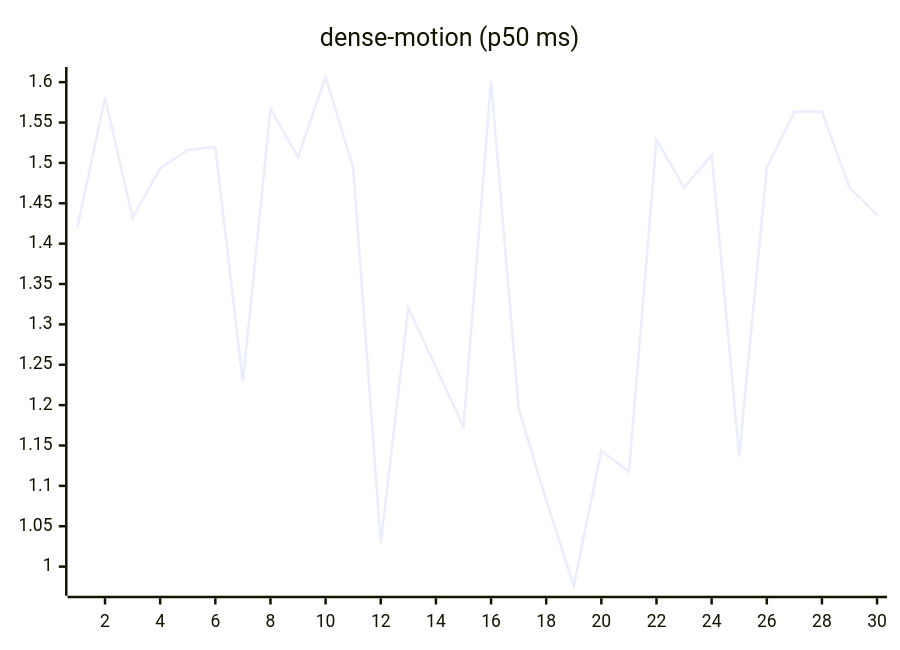
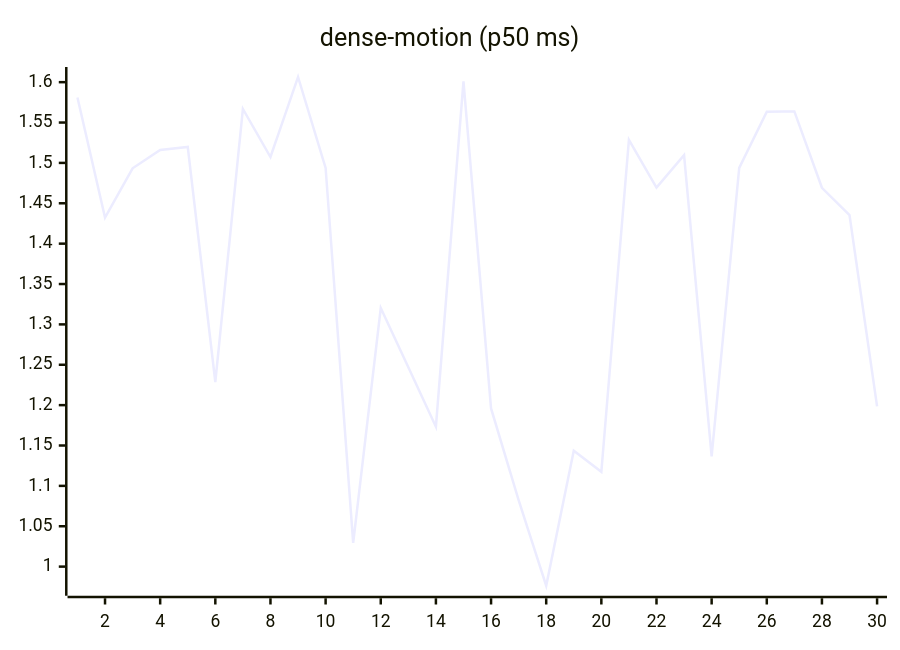
One commit to josha/Facet changed the ninth of 27 diagrams in README.md. Above: the diagram before and after it, drawn with Mermaid. The commit also changed other lines of this file and 2 other files, not shown here.

````diff
--- a/README.md
+++ b/README.md
@@ -119,6 +119,6 @@
 ```mermaid
 xychart-beta
     title "dense-motion (p50 ms)"
     x-axis 1 --> 30
-    line [1.4201, 1.5809, 1.4323, 1.4933, 1.5160, 1.5198, 1.2285, 1.5668, 1.5073, 1.6064, 1.4938, 1.0293, 1.3202, 1.2469, 1.1733, 1.6011, 1.1959, 1.0823, 0.9763, 1.1436, 1.1174, 1.5286, 1.4695, 1.5096, 1.1365, 1.4939, 1.5634, 1.5638, 1.4692, 1.4355]
+    line [1.5809, 1.4323, 1.4933, 1.5160, 1.5198, 1.2285, 1.5668, 1.5073, 1.6064, 1.4938, 1.0293, 1.3202, 1.2469, 1.1733, 1.6011, 1.1959, 1.0823, 0.9763, 1.1436, 1.1174, 1.5286, 1.4695, 1.5096, 1.1365, 1.4939, 1.5634, 1.5638, 1.4692, 1.4355, 1.1984]
 ```
````
